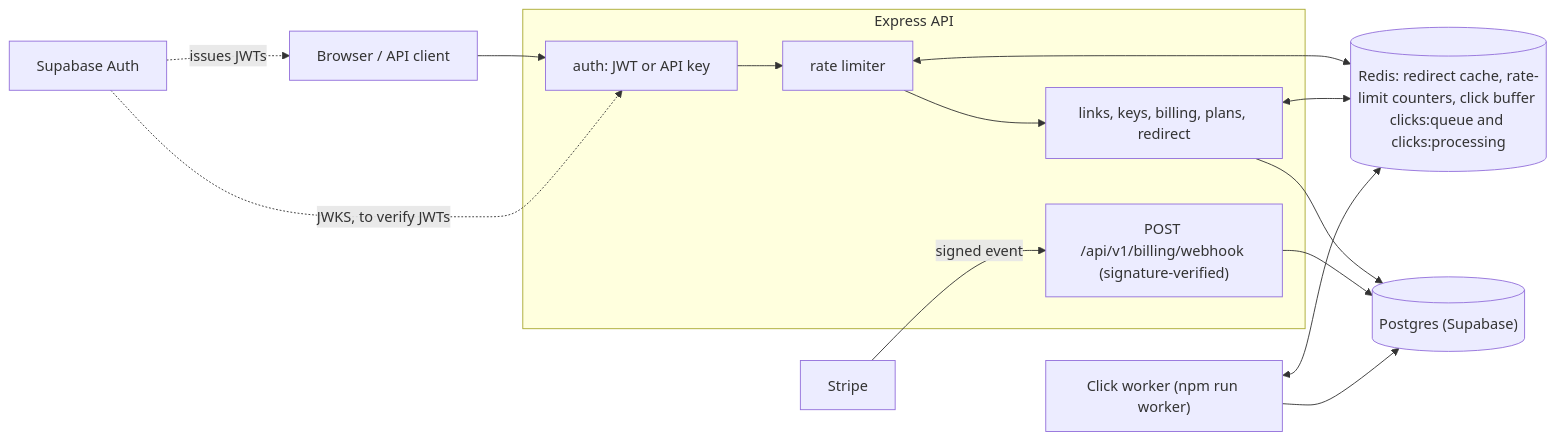
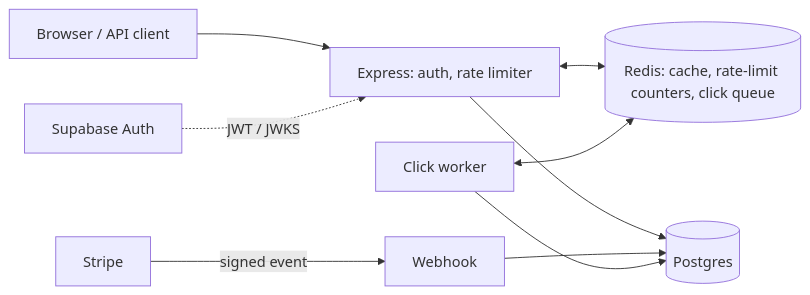
One commit to kcotiru/REST-URL changed the diagram in README.md. Above: the diagram before and after it, drawn with Mermaid. The commit also changed other lines of this file and 1 other file, not shown here.

````diff
--- a/README.md
+++ b/README.md
@@ -24,23 +17,9 @@
 ```mermaid
 flowchart LR
-  subgraph Express["Express API"]
-    Auth["auth: JWT or API key"] --> RL["rate limiter"] --> Routes["links, keys, billing, plans, redirect"]
-    Webhook["POST /api/v1/billing/webhook (signature-verified)"]
-  end
-
-  Client["Browser / API client"] --> Auth
-  Stripe["Stripe"] -->|"signed event"| Webhook
-  SupaAuth["Supabase Auth"] -.->|"issues JWTs"| Client
-  SupaAuth -.->|"JWKS, to verify JWTs"| Auth
-
-  Redis[("Redis: redirect cache, rate-limit counters, click buffer clicks:queue and clicks:processing")]
-  Worker["Click worker (npm run worker)"]
-  PG[("Postgres (Supabase)")]
-
-  RL <--> Redis
-  Routes <--> Redis
-  Routes --> PG
-  Webhook --> PG
-  Worker <--> Redis
-  Worker --> PG
+  Client["Browser / API client"] --> API["Express: auth, rate limiter"]
+  Stripe["Stripe"] -->|"signed event"| Hook["Webhook"]
+  Supa["Supabase Auth"] -.->|"JWT / JWKS"| API
+  API <--> Redis[("Redis: cache, rate-limit counters, click queue")]
+  Worker["Click worker"] <--> Redis
+  API & Hook & Worker --> PG[("Postgres")]
 ```
````
